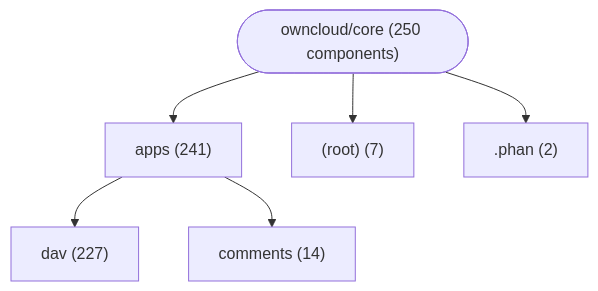
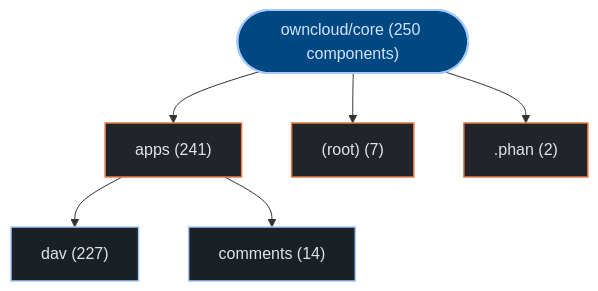
Before and after one commit to kumarshaz/atruss-code-atlas: the first of 2 diagrams in exports/latest/reports/owncloud-core-report.md, drawn with Mermaid. The commit also changed other lines of this file and 331 other files, not shown here.

Commit message:
docs,ui,fix: update SDLC docs, reorder CI/CD DAG first, stylize Mermaid, and fix Arc42 pipeline topology

````diff
--- a/exports/latest/reports/owncloud-core-report.md
+++ b/exports/latest/reports/owncloud-core-report.md
@@ -42,14 +42,21 @@
 ```mermaid
 graph TD;
-    repo_root(["owncloud/core (250 components)"])
-    dir_0_apps["apps (241)"]
+  classDef atlasRoot fill:#004882,stroke:#a3c9ff,stroke-width:2px,color:#d3e4ff
+  classDef atlasCategory fill:#212428,stroke:#E87A48,stroke-width:1.5px,color:#dfe3eb
+  classDef atlasWorkflow fill:#1b2026,stroke:#a3c9ff,stroke-width:1.5px,color:#dfe3eb
+  classDef atlasJob fill:#171c22,stroke:#8d9199,stroke-width:1px,color:#dfe3eb
+  classDef atlasTarget fill:#005227,stroke:#8bd99b,stroke-width:1.5px,color:#a7f6b6
+  classDef atlasAlert fill:#93000a,stroke:#ffb4ab,stroke-width:1.5px,color:#ffdad6
+  classDef atlasMore fill:#252a31,stroke:#8d9199,stroke-dasharray:4 4,color:#c3c6cf
+    repo_root(["owncloud/core (250 components)"]):::atlasRoot
+    dir_0_apps["apps (241)"]:::atlasCategory
     repo_root --> dir_0_apps
-    sub_0_0_dav["dav (227)"]
+    sub_0_0_dav["dav (227)"]:::atlasWorkflow
     dir_0_apps --> sub_0_0_dav
-    sub_0_1_comments["comments (14)"]
+    sub_0_1_comments["comments (14)"]:::atlasWorkflow
     dir_0_apps --> sub_0_1_comments
-    dir_1__root_["(root) (7)"]
+    dir_1__root_["(root) (7)"]:::atlasCategory
     repo_root --> dir_1__root_
-    dir_2__phan[".phan (2)"]
+    dir_2__phan[".phan (2)"]:::atlasCategory
     repo_root --> dir_2__phan
 ```
````
